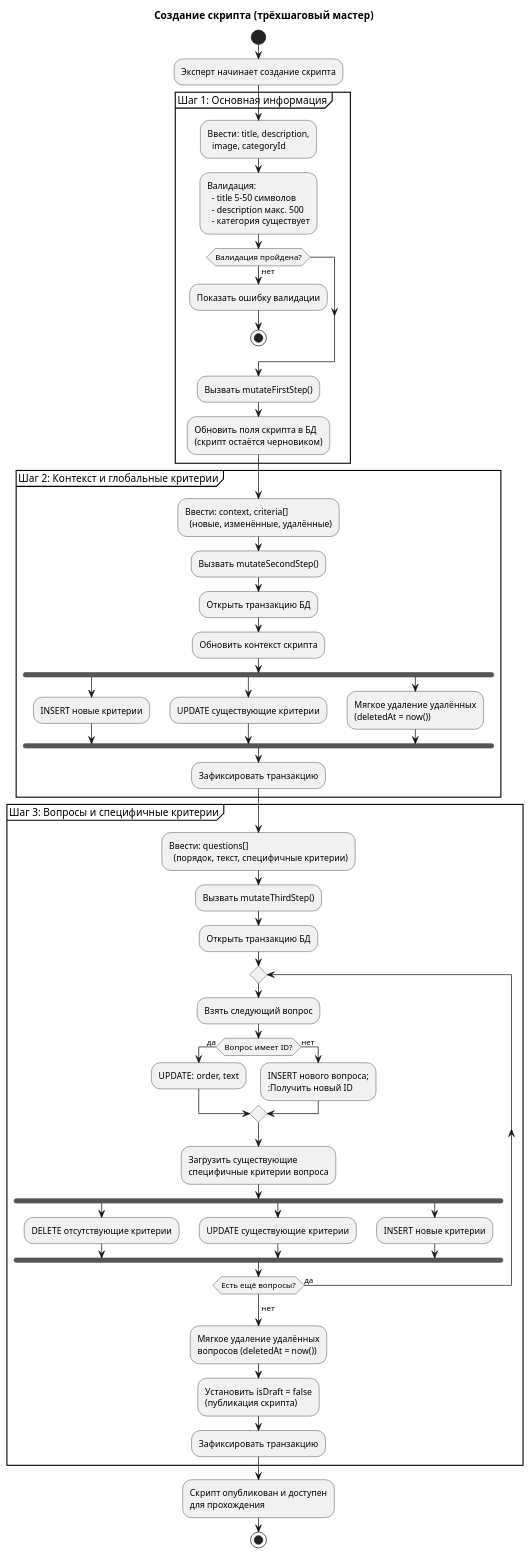
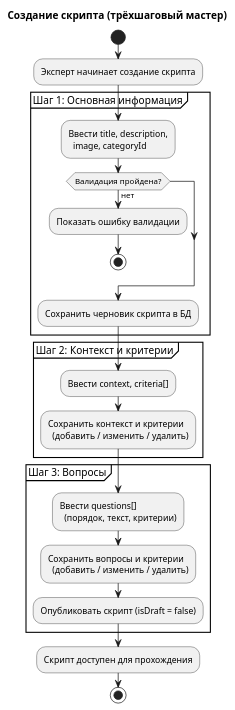
Before and after one commit to nifle3/diplom_work: the diagram in docs/activity/04_create_script.puml, drawn with PlantUML. The commit also changed 10 other files, not shown here.

Commit message:
update activity diagram

```diff
--- a/docs/activity/04_create_script.puml
+++ b/docs/activity/04_create_script.puml
@@ -1,77 +1,33 @@
 @startuml 04_create_script
 title Создание скрипта (трёхшаговый мастер)
 
 start
 
 :Эксперт начинает создание скрипта;
 
 partition "Шаг 1: Основная информация" {
-  :Ввести: title, description,\n  image, categoryId;
-  :Валидация:\n  - title 5–50 символов\n  - description макс. 500\n  - категория существует;
+  :Ввести title, description,\n  image, categoryId;
 
   if (Валидация пройдена?) then (нет)
     :Показать ошибку валидации;
     stop
   endif
 
-  :Вызвать mutateFirstStep();
-  :Обновить поля скрипта в БД\n(скрипт остаётся черновиком);
+  :Сохранить черновик скрипта в БД;
 }
 
-partition "Шаг 2: Контекст и глобальные критерии" {
-  :Ввести: context, criteria[]\n  (новые, изменённые, удалённые);
-  :Вызвать mutateSecondStep();
-
-  :Открыть транзакцию БД;
-  :Обновить контекст скрипта;
-
-  fork
-    :INSERT новые критерии;
-  fork again
-    :UPDATE существующие критерии;
-  fork again
-    :Мягкое удаление удалённых\n(deletedAt = now());
-  end fork
-
-  :Зафиксировать транзакцию;
+partition "Шаг 2: Контекст и критерии" {
+  :Ввести context, criteria[];
+  :Сохранить контекст и критерии\n  (добавить / изменить / удалить);
 }
 
-partition "Шаг 3: Вопросы и специфичные критерии" {
-  :Ввести: questions[]\n  (порядок, текст, специфичные критерии);
-  :Вызвать mutateThirdStep();
-
-  :Открыть транзакцию БД;
-
-  repeat
-    :Взять следующий вопрос;
-
-    if (Вопрос имеет ID?) then (да)
-      :UPDATE: order, text;
-    else (нет)
-      :INSERT нового вопроса;\n:Получить новый ID;
-    endif
-
-    :Загрузить существующие\nспецифичные критерии вопроса;
-
-    fork
-      :DELETE отсутствующие критерии;
-    fork again
-      :UPDATE существующие критерии;
-    fork again
-      :INSERT новые критерии;
-    end fork
-
-  repeat while (Есть ещё вопросы?) is (да)
-  ->нет;
-
-  :Мягкое удаление удалённых\nвопросов (deletedAt = now());
-
-  :Установить isDraft = false\n(публикация скрипта);
-
-  :Зафиксировать транзакцию;
+partition "Шаг 3: Вопросы" {
+  :Ввести questions[]\n  (порядок, текст, критерии);
+  :Сохранить вопросы и критерии\n  (добавить / изменить / удалить);
+  :Опубликовать скрипт (isDraft = false);
 }
 
-:Скрипт опубликован и доступен\nдля прохождения;
+:Скрипт доступен для прохождения;
 
 stop
 @enduml
```
